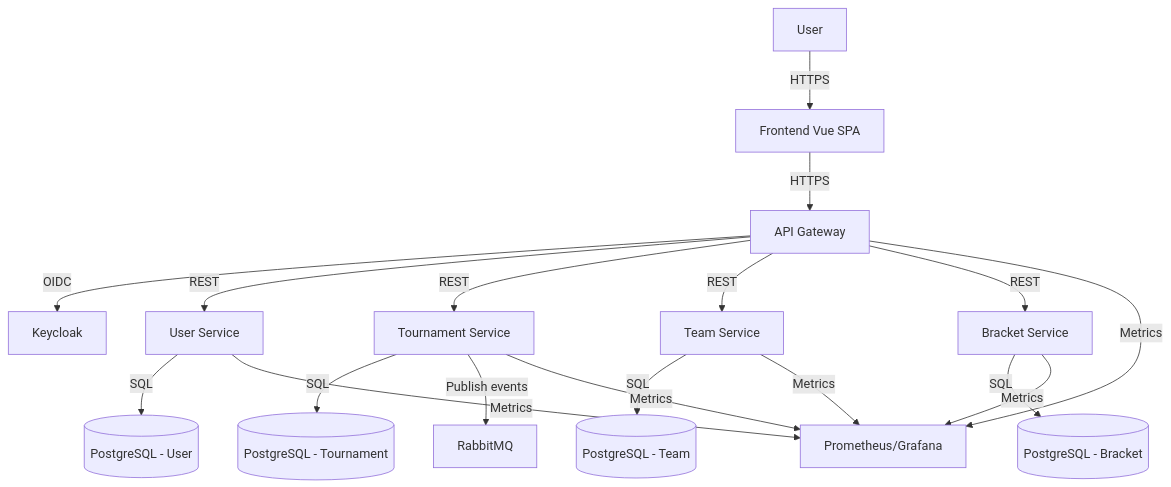
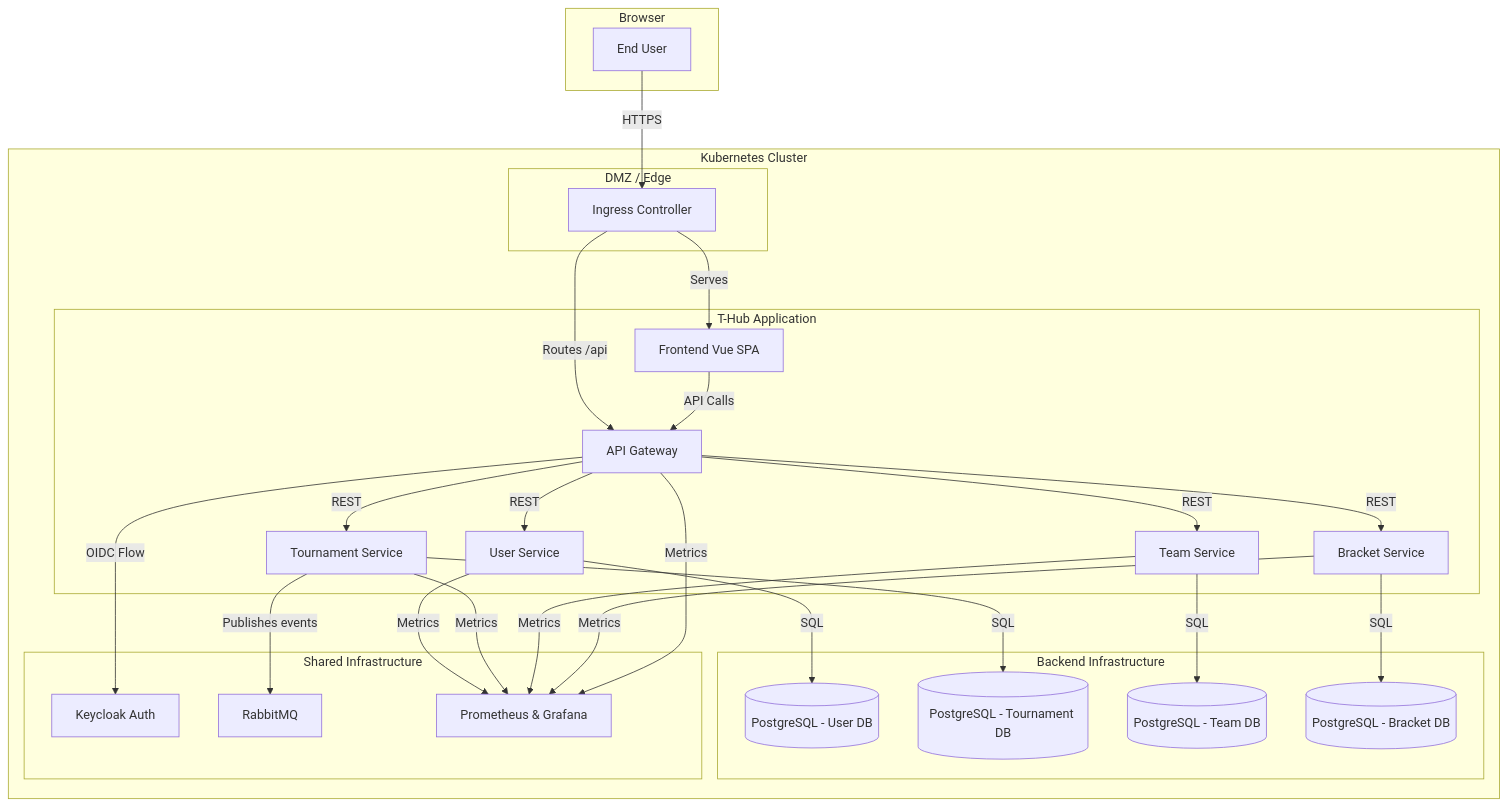
The diagram in report/architecture.md (Dispatch7478/m7011e-project), drawn with Mermaid before and after one commit. The commit also changed other lines of this file, not shown here.

Commit message:
architecture doc

````diff
--- a/report/architecture.md
+++ b/report/architecture.md
@@ -2,24 +17,59 @@
 ```mermaid
 graph TD
-  User[User] -->|HTTPS| FE[Frontend Vue SPA]
-  FE -->|HTTPS| APIGW[API Gateway]
-  APIGW -->|OIDC| KC[Keycloak]
+  subgraph Browser
+    User[End User]
+  end
 
-  APIGW -->|REST| US[User Service]
-  APIGW -->|REST| TS[Tournament Service]
-  APIGW -->|REST| TeamS[Team Service]
-  APIGW -->|REST| BS[Bracket Service]
+  subgraph "Kubernetes Cluster"
+    subgraph "DMZ / Edge"
+      Ingress[Ingress Controller]
+    end
 
-  US -->|SQL| UDB[(PostgreSQL - User)]
-  TS -->|SQL| TDB[(PostgreSQL - Tournament)]
-  TeamS -->|SQL| TeamDB[(PostgreSQL - Team)]
-  BS -->|SQL| BDB[(PostgreSQL - Bracket)]
+    subgraph "T-Hub Application"
+      FE[Frontend Vue SPA]
+      APIGW[API Gateway]
+      US[User Service]
+      TS[Tournament Service]
+      TeamS[Team Service]
+      BS[Bracket Service]
+    end
 
-  TS -->|Publish events| MQ[RabbitMQ]
+    subgraph "Backend Infrastructure"
+      UDB[(PostgreSQL - User DB)]
+      TDB[(PostgreSQL - Tournament DB)]
+      TeamDB[(PostgreSQL - Team DB)]
+      BDB[(PostgreSQL - Bracket DB)]
+    end
+    
+    subgraph "Shared Infrastructure"
+        KC[Keycloak Auth]
+        MQ[RabbitMQ]
+        Mon[Prometheus & Grafana]
+    end
 
-  US -->|Metrics| Mon[Prometheus/Grafana]
-  TS -->|Metrics| Mon
-  TeamS -->|Metrics| Mon
-  BS -->|Metrics| Mon
-  APIGW -->|Metrics| Mon
+    User -- HTTPS --> Ingress
+    Ingress -- Serves --> FE
+    Ingress -- Routes /api --> APIGW
+    
+    FE -- API Calls --> APIGW
+    
+    APIGW -- OIDC Flow --> KC
+    APIGW -- REST --> US
+    APIGW -- REST --> TS
+    APIGW -- REST --> TeamS
+    APIGW -- REST --> BS
+
+    US -- SQL --> UDB
+    TS -- SQL --> TDB
+    TeamS -- SQL --> TeamDB
+    BS -- SQL --> BDB
+
+    TS -- Publishes events --> MQ
+
+    US -- Metrics --> Mon
+    TS -- Metrics --> Mon
+    TeamS -- Metrics --> Mon
+    BS -- Metrics --> Mon
+    APIGW -- Metrics --> Mon
+  end
 ```
````
